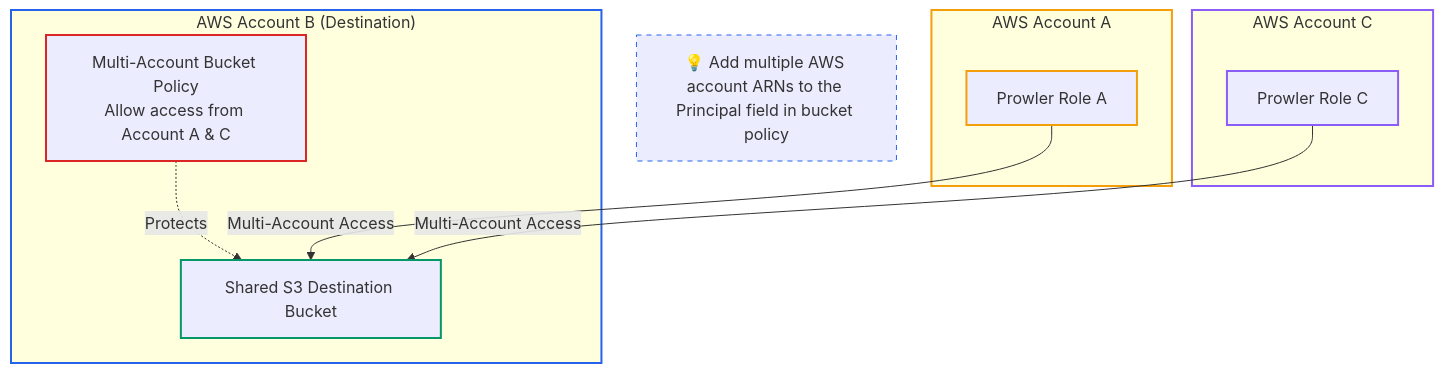
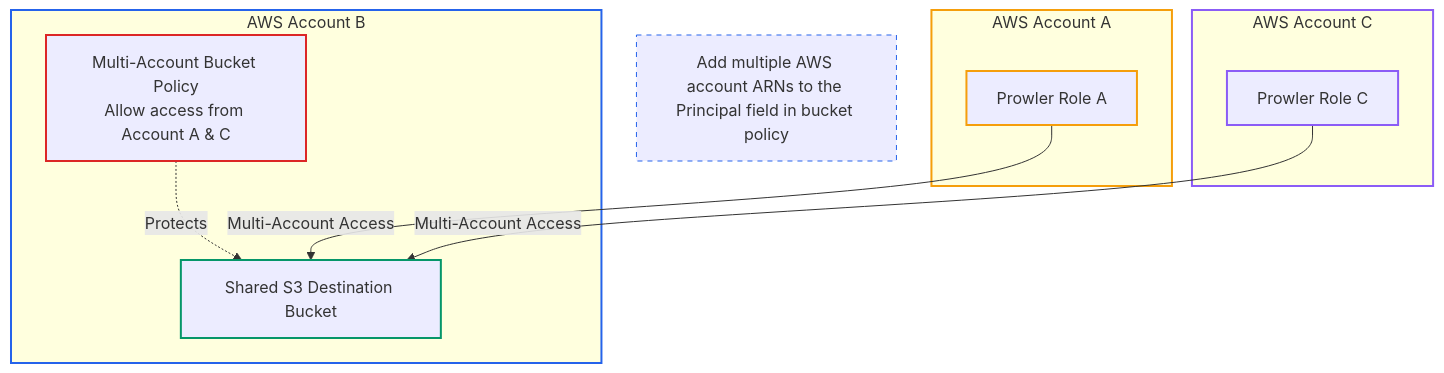
One commit to prowler-cloud/prowler changed the third of 3 diagrams in docs/tutorials/prowler-app-s3-integration.md. Above: the diagram before and after it, drawn with Mermaid. The commit also changed other lines of this file, not shown here.

````diff
--- a/docs/tutorials/prowler-app-s3-integration.md
+++ b/docs/tutorials/prowler-app-s3-integration.md
@@ -172,30 +172,30 @@
 ```mermaid
 graph TB
     subgraph AccountA["AWS Account A"]
         RoleA["Prowler Role A"]
     end
 
     subgraph AccountC["AWS Account C"]
         RoleC["Prowler Role C"]
     end
 
-    subgraph AccountB["AWS Account B (Destination)"]
+    subgraph AccountB["AWS Account B"]
         BucketB["Shared S3 Destination Bucket"]
         PolicyB["Multi-Account Bucket Policy<br/>Allow access from Account A & C"]
 
         PolicyB -.->|"Protects"| BucketB
     end
     RoleA -->|"Multi-Account Access"| BucketB
     RoleC -->|"Multi-Account Access"| BucketB
 
-    Info["💡 Add multiple AWS account ARNs to the Principal field in bucket policy"]
+    Info["Add multiple AWS account ARNs to the Principal field in bucket policy"]
 
     style AccountA stroke:#f59e0b,stroke-width:2px
     style AccountC stroke:#8b5cf6,stroke-width:2px
     style AccountB stroke:#2563eb,stroke-width:2px
     style RoleA stroke:#f59e0b,stroke-width:2px
     style RoleC stroke:#8b5cf6,stroke-width:2px
     style BucketB stroke:#059669,stroke-width:2px
     style PolicyB stroke:#dc2626,stroke-width:2px
     style Info stroke:#2563eb,stroke-width:1px,stroke-dasharray: 5 5
 ```
````
